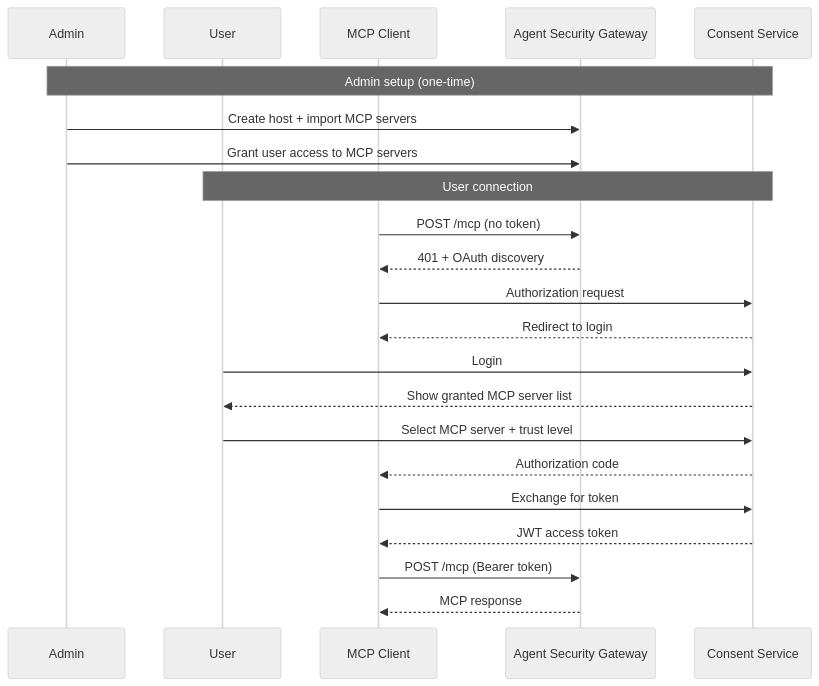
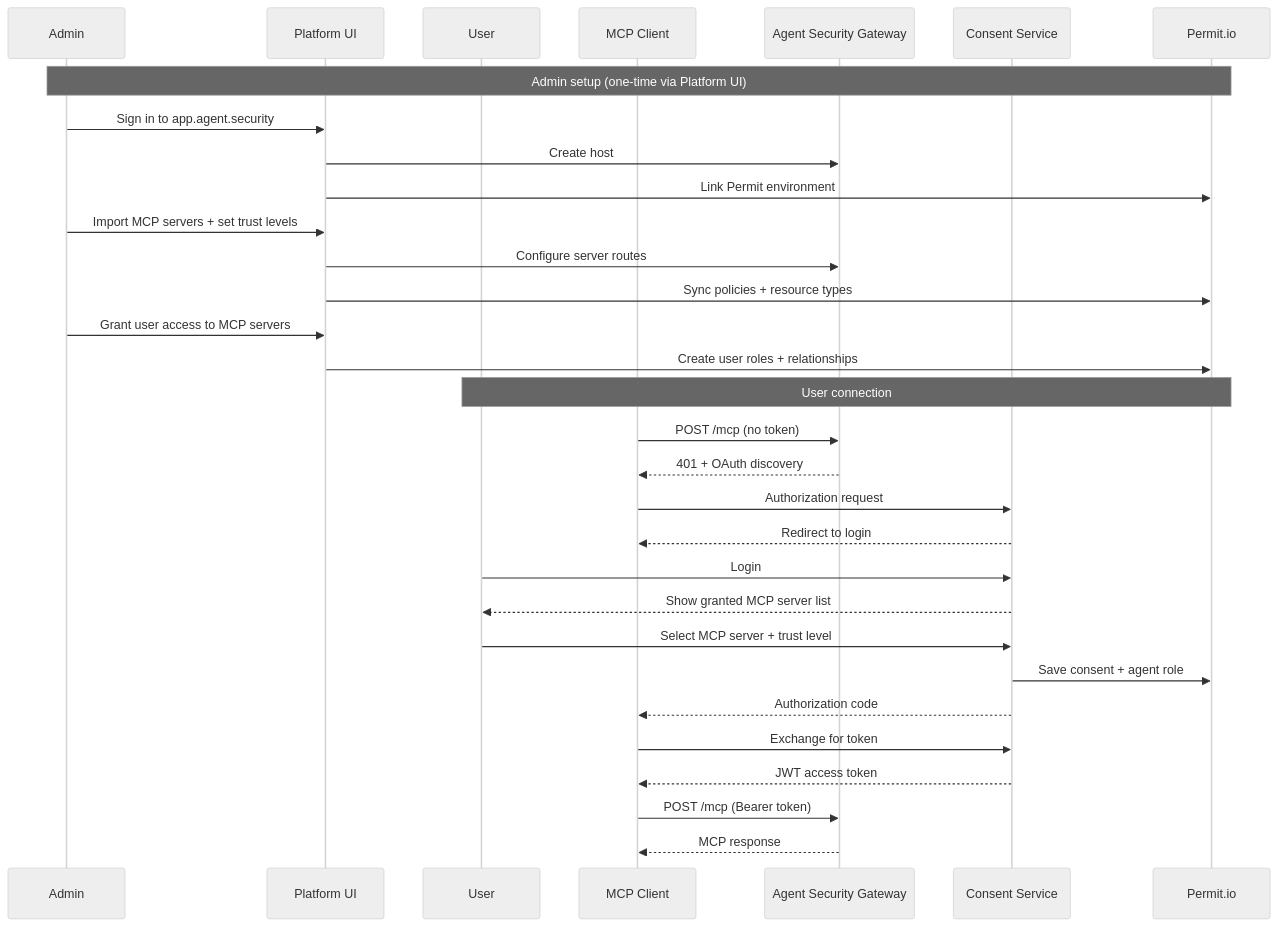
One commit to permitio/docs changed the third of 4 diagrams in docs/ai-security/mcp-permissions/architecture.mdx. Above: the diagram before and after it, drawn with Mermaid (neutral theme). The commit also changed other lines of this file, not shown here.

First line of the commit message:
Add Platform UI to architecture diagrams and sequences

````diff
--- a/docs/ai-security/mcp-permissions/architecture.mdx
+++ b/docs/ai-security/mcp-permissions/architecture.mdx
@@ -147,26 +165,35 @@
 ```mermaid
 sequenceDiagram
     participant A as Admin
+    participant PL as Platform UI
     participant U as User
     participant C as MCP Client
     participant G as Agent Security Gateway
     participant CS as Consent Service
+    participant PM as Permit.io
 
-    Note over A,CS: Admin setup (one-time)
-    A->>G: Create host + import MCP servers
-    A->>G: Grant user access to MCP servers
+    Note over A,PM: Admin setup (one-time via Platform UI)
+    A->>PL: Sign in to app.agent.security
+    PL->>G: Create host
+    PL->>PM: Link Permit environment
+    A->>PL: Import MCP servers + set trust levels
+    PL->>G: Configure server routes
+    PL->>PM: Sync policies + resource types
+    A->>PL: Grant user access to MCP servers
+    PL->>PM: Create user roles + relationships
 
-    Note over U,CS: User connection
+    Note over U,PM: User connection
     C->>G: POST /mcp (no token)
     G-->>C: 401 + OAuth discovery
     C->>CS: Authorization request
     CS-->>C: Redirect to login
     U->>CS: Login
     CS-->>U: Show granted MCP server list
     U->>CS: Select MCP server + trust level
+    CS->>PM: Save consent + agent role
     CS-->>C: Authorization code
     C->>CS: Exchange for token
     CS-->>C: JWT access token
     C->>G: POST /mcp (Bearer token)
     G-->>C: MCP response
 ```
````
